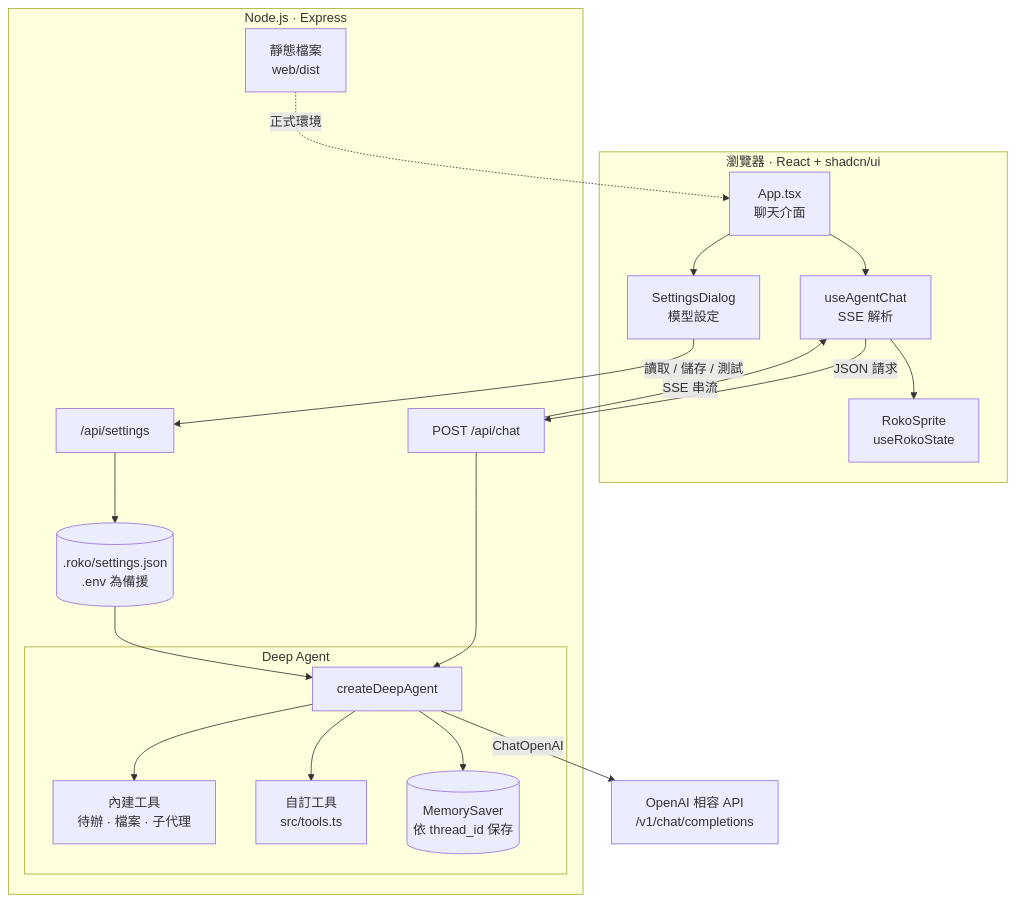
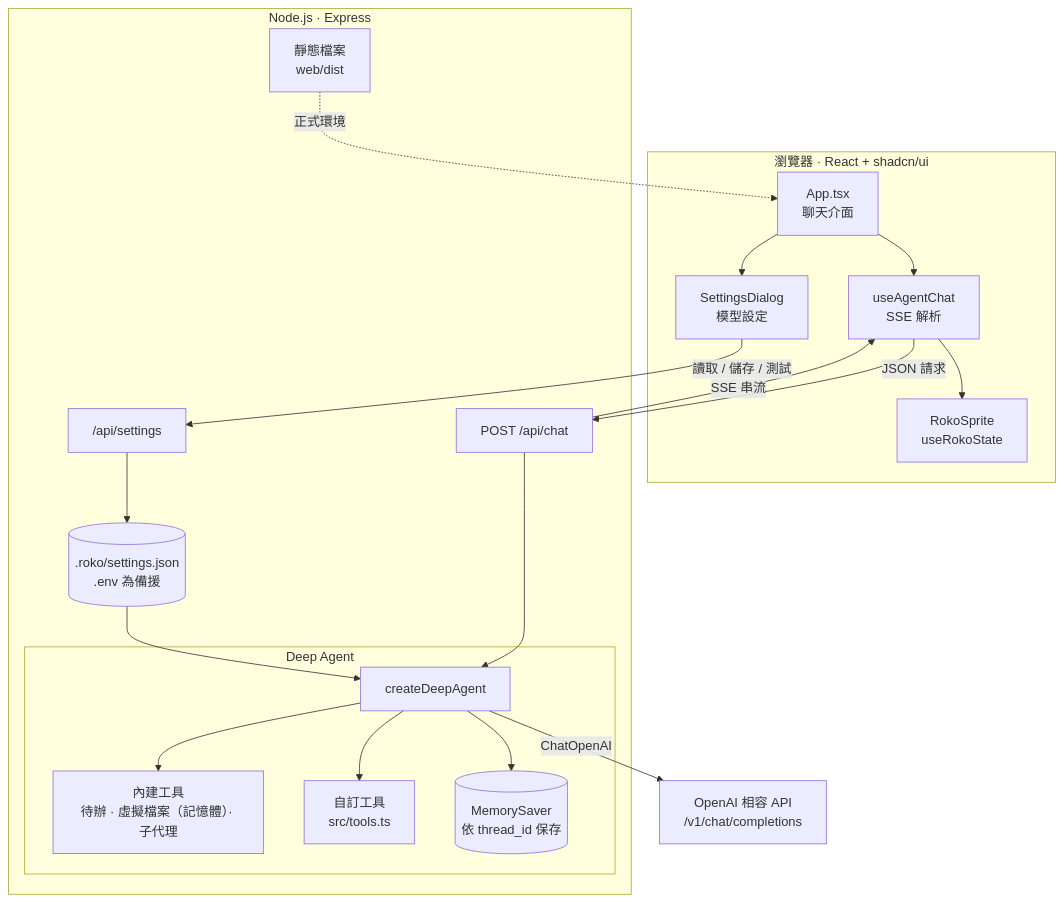
The first of 2 diagrams in README.zh-TW.md (Suckashi/Roko-Demo), drawn with Mermaid before and after one commit. The commit also changed other lines of this file and 1 other file, not shown here.

Commit message:
Clarify that built-in file tools use in-memory virtual files
Claude-Session: https://claude.ai/code/session_01SJV9sSDV9vAqSAGs1cyAER

````diff
--- a/README.zh-TW.md
+++ b/README.zh-TW.md
@@ -23,39 +23,39 @@
 ```mermaid
 flowchart TB
     subgraph Browser["瀏覽器 · React + shadcn/ui"]
         UI["App.tsx<br/>聊天介面"]
         Hook["useAgentChat<br/>SSE 解析"]
         Mascot["RokoSprite<br/>useRokoState"]
         SettingsUI["SettingsDialog<br/>模型設定"]
         UI --> Hook
         Hook --> Mascot
         UI --> SettingsUI
     end
 
     subgraph Server["Node.js · Express"]
         API["POST /api/chat"]
         SettingsAPI["/api/settings"]
         Store[(".roko/settings.json<br/>.env 為備援")]
         Static["靜態檔案<br/>web/dist"]
         subgraph Agent["Deep Agent"]
             Runtime["createDeepAgent"]
-            Builtin["內建工具<br/>待辦 · 檔案 · 子代理"]
+            Builtin["內建工具<br/>待辦 · 虛擬檔案（記憶體）· 子代理"]
             Custom["自訂工具<br/>src/tools.ts"]
             Memory[("MemorySaver<br/>依 thread_id 保存")]
             Runtime --> Builtin
             Runtime --> Custom
             Runtime --> Memory
         end
         API --> Runtime
         SettingsAPI --> Store
         Store --> Runtime
     end
 
     LLM["OpenAI 相容 API<br/>/v1/chat/completions"]
 
     Hook -- "JSON 請求" --> API
     SettingsUI -- "讀取 / 儲存 / 測試" --> SettingsAPI
     API -- "SSE 串流" --> Hook
     Static -. "正式環境" .-> UI
     Runtime -- "ChatOpenAI" --> LLM
 ```
````
